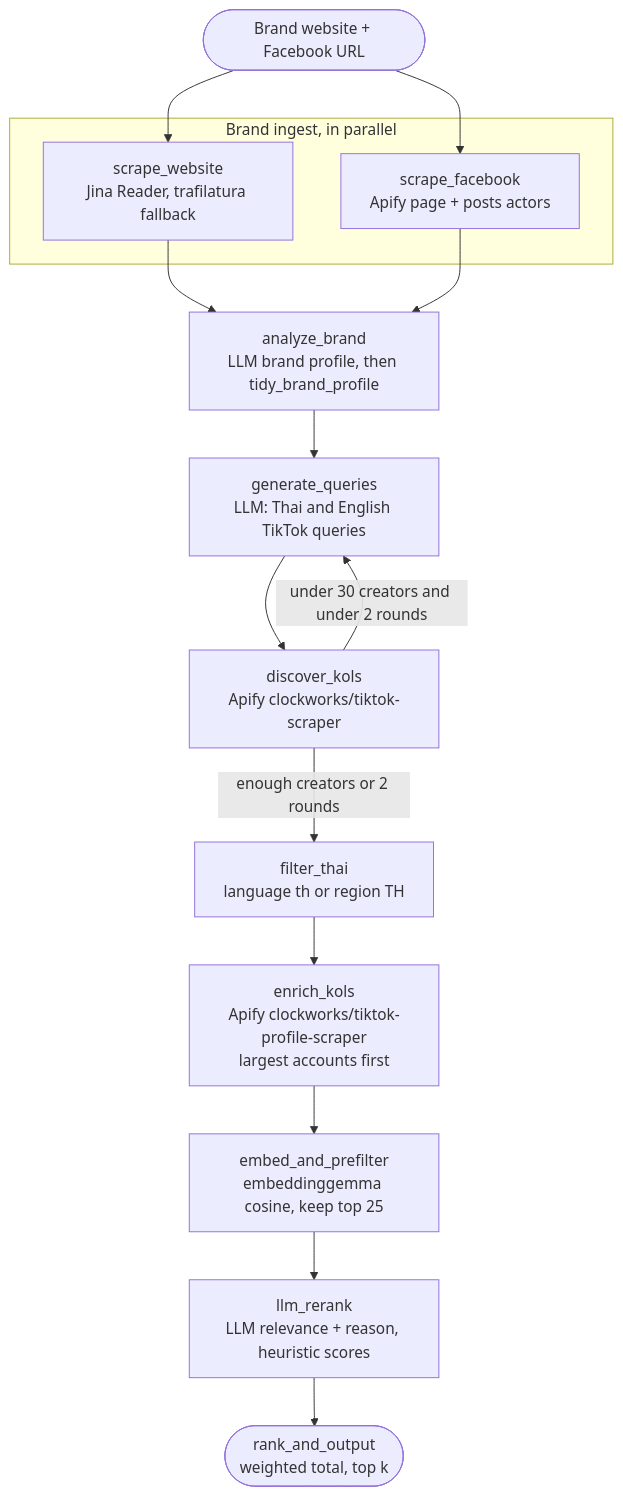
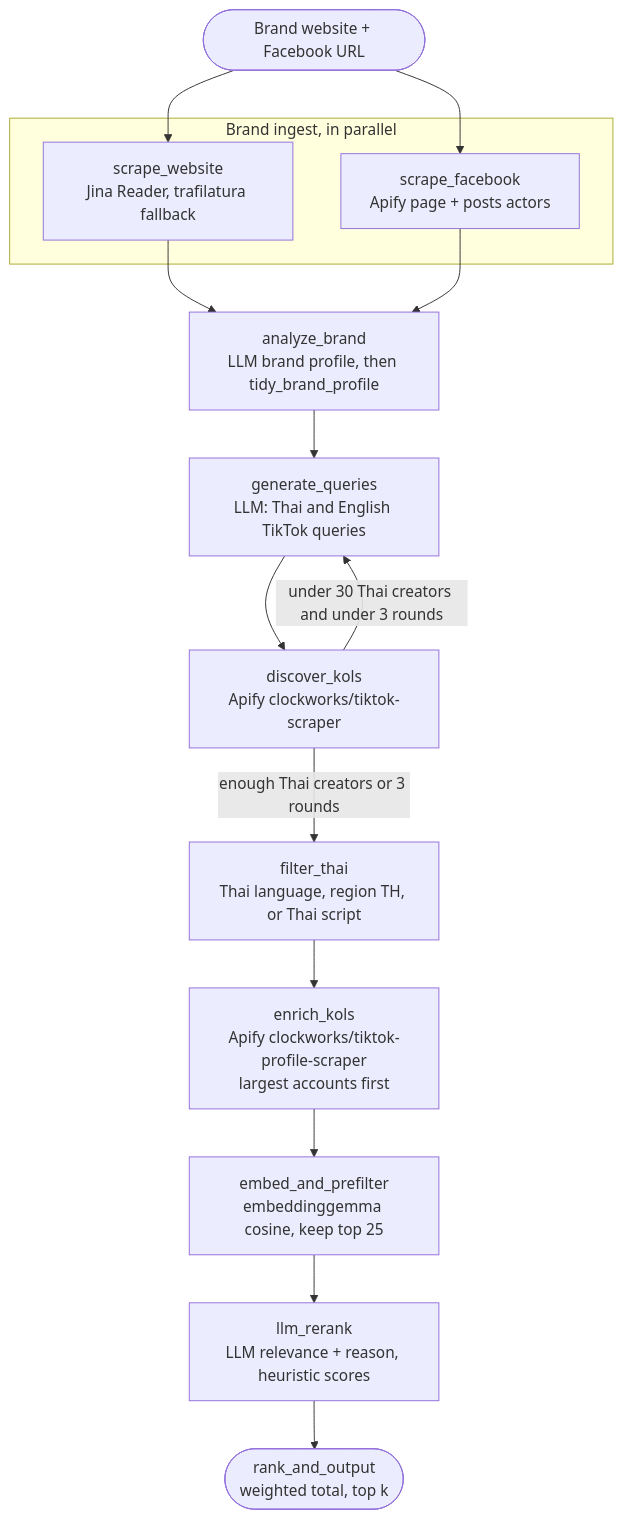
The first of 2 diagrams in README.md (Jamessurapat26/tiktok-kol-matcher), drawn with Mermaid before and after one commit. The commit also changed other lines of this file and 27 other files, not shown here.

````diff
--- a/README.md
+++ b/README.md
@@ -184,21 +195,21 @@
 ```mermaid
 flowchart TD
     REQ([Brand website + Facebook URL]) --> W
     REQ --> F
 
     subgraph ingest [Brand ingest, in parallel]
         W["scrape_website<br/>Jina Reader, trafilatura fallback"]
         F["scrape_facebook<br/>Apify page + posts actors"]
     end
 
     W --> A["analyze_brand<br/>LLM brand profile, then tidy_brand_profile"]
     F --> A
     A --> Q["generate_queries<br/>LLM: Thai and English TikTok queries"]
     Q --> D["discover_kols<br/>Apify clockworks/tiktok-scraper"]
-    D -->|"under 30 creators and under 2 rounds"| Q
-    D -->|"enough creators or 2 rounds"| T["filter_thai<br/>language th or region TH"]
+    D -->|"under 30 Thai creators and under 3 rounds"| Q
+    D -->|"enough Thai creators or 3 rounds"| T["filter_thai<br/>Thai language, region TH, or Thai script"]
     T --> E["enrich_kols<br/>Apify clockworks/tiktok-profile-scraper<br/>largest accounts first"]
     E --> P["embed_and_prefilter<br/>embeddinggemma cosine, keep top 25"]
     P --> R["llm_rerank<br/>LLM relevance + reason, heuristic scores"]
     R --> O(["rank_and_output<br/>weighted total, top k"])
 ```
````
